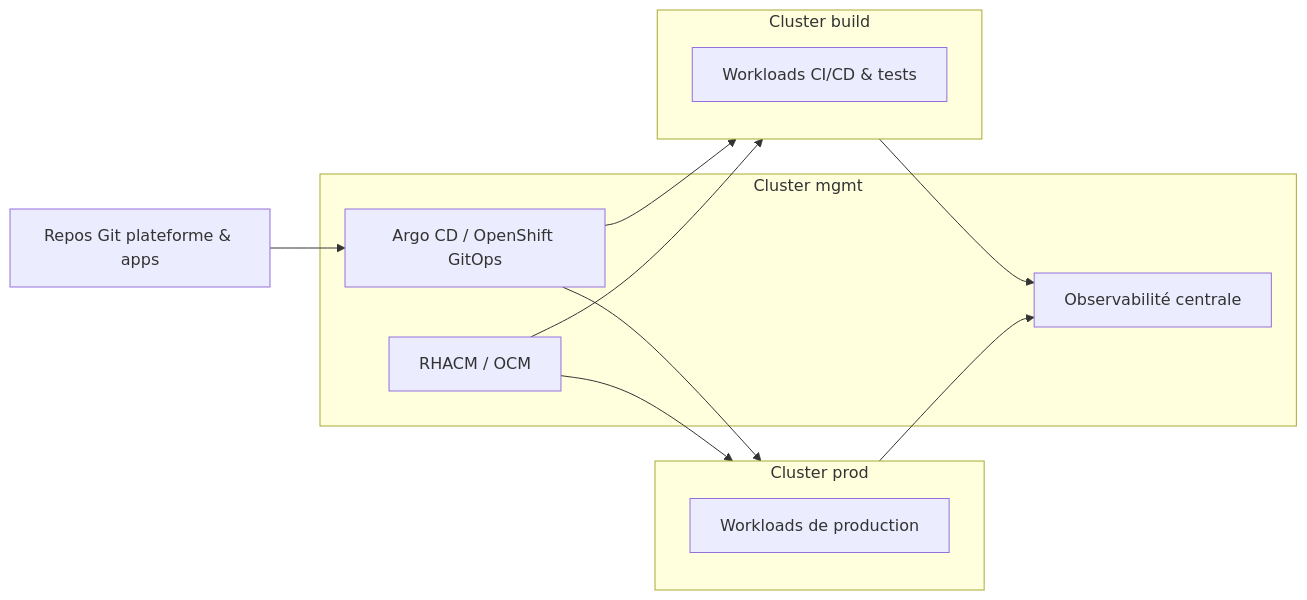
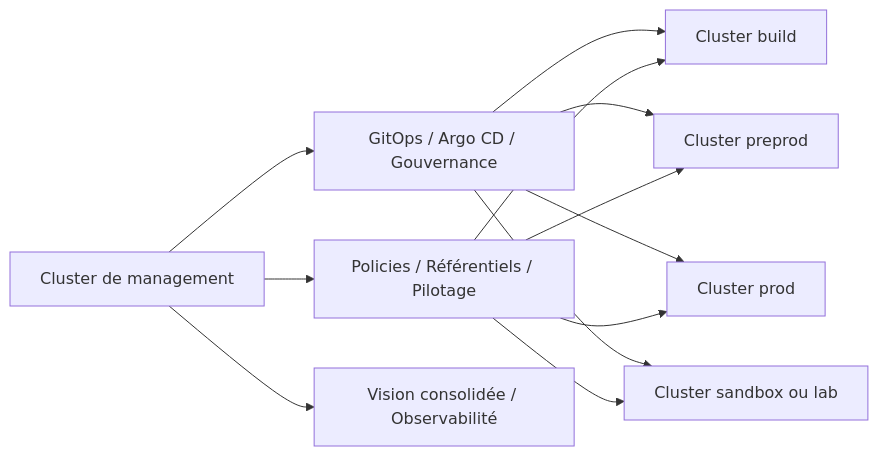
The diagram in architecture/reference-architectures/multi-cluster.md (zdmooc/openshift-platform-blueprints), drawn with Mermaid before and after one commit. The commit also changed other lines of this file and 8 other files, not shown here.

Commit message:
Consolidate README, architecture docs and OpenShift guide PDF

````diff
--- a/architecture/reference-architectures/multi-cluster.md
+++ b/architecture/reference-architectures/multi-cluster.md
@@ -18,24 +102,16 @@
 ```mermaid
 flowchart LR
-  subgraph MGMT[Cluster mgmt]
-    ACM[RHACM / OCM]
-    GitOps[Argo CD / OpenShift GitOps]
-    Obs[Observabilité centrale]
-  end
+    Mgmt[Cluster de management] --> GitOps[GitOps / Argo CD / Gouvernance]
+    Mgmt --> Policies[Policies / Référentiels / Pilotage]
+    Mgmt --> Obs[Vision consolidée / Observabilité]
 
-  subgraph BUILD[Cluster build]
-    AppsBuild[Workloads CI/CD & tests]
-  end
+    GitOps --> Build[Cluster build]
+    GitOps --> Preprod[Cluster preprod]
+    GitOps --> Prod[Cluster prod]
+    GitOps --> Sandbox[Cluster sandbox ou lab]
 
-  subgraph PROD[Cluster prod]
-    AppsProd[Workloads de production]
-  end
-
-  Git[Repos Git plateforme & apps] --> GitOps
-  GitOps --> BUILD
-  GitOps --> PROD
-  ACM --> BUILD
-  ACM --> PROD
-  BUILD --> Obs
-  PROD --> Obs
+    Policies --> Build
+    Policies --> Preprod
+    Policies --> Prod
+    Policies --> Sandbox
 ```
````
